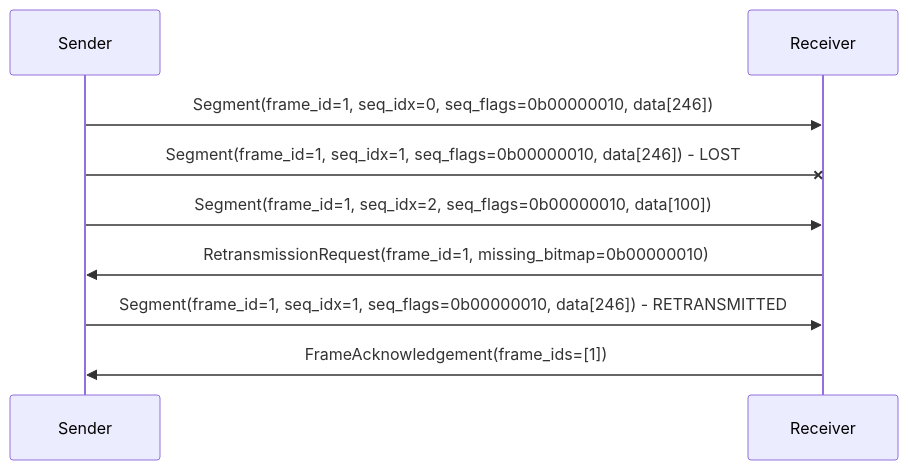
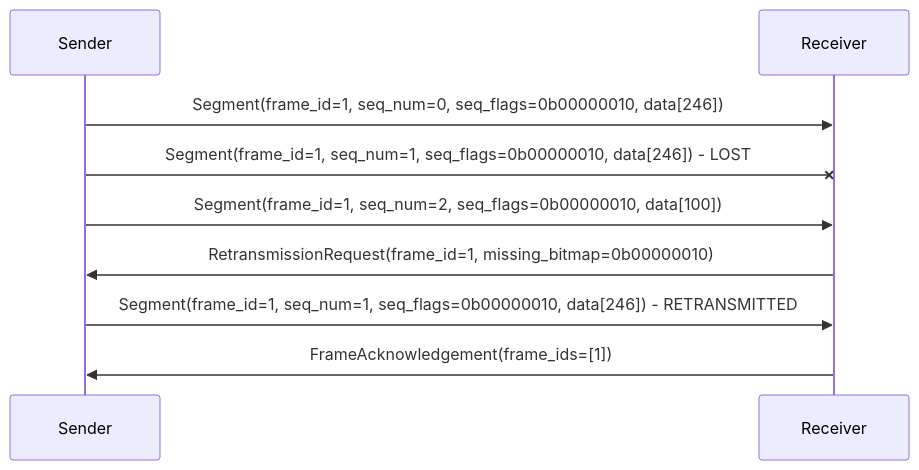
The eighth of 11 diagrams in rfcs/RFC-0007-session-protocol/0007-session-protocol.md (hoprnet/rfc), drawn with Mermaid before and after one commit. The commit also changed other lines of this file, not shown here.

Commit message:
fix(md): Clarify segment sequence flags

````diff
--- a/rfcs/RFC-0007-session-protocol/0007-session-protocol.md
+++ b/rfcs/RFC-0007-session-protocol/0007-session-protocol.md
@@ -301,13 +301,13 @@
 ```mermaid
 sequenceDiagram
     participant S as Sender
     participant R as Receiver
 
-    S->>R: Segment(frame_id=1, seq_idx=0, seq_flags=0b00000010, data[246])
-    S-xR: Segment(frame_id=1, seq_idx=1, seq_flags=0b00000010, data[246]) - LOST
-    S->>R: Segment(frame_id=1, seq_idx=2, seq_flags=0b00000010, data[100])
+    S->>R: Segment(frame_id=1, seq_num=0, seq_flags=0b00000010, data[246])
+    S-xR: Segment(frame_id=1, seq_num=1, seq_flags=0b00000010, data[246]) - LOST
+    S->>R: Segment(frame_id=1, seq_num=2, seq_flags=0b00000010, data[100])
 
     R->>S: RetransmissionRequest(frame_id=1, missing_bitmap=0b00000010)
-    S->>R: Segment(frame_id=1, seq_idx=1, seq_flags=0b00000010, data[246]) - RETRANSMITTED
+    S->>R: Segment(frame_id=1, seq_num=1, seq_flags=0b00000010, data[246]) - RETRANSMITTED
     R->>S: FrameAcknowledgement(frame_ids=[1])
 ```
````
